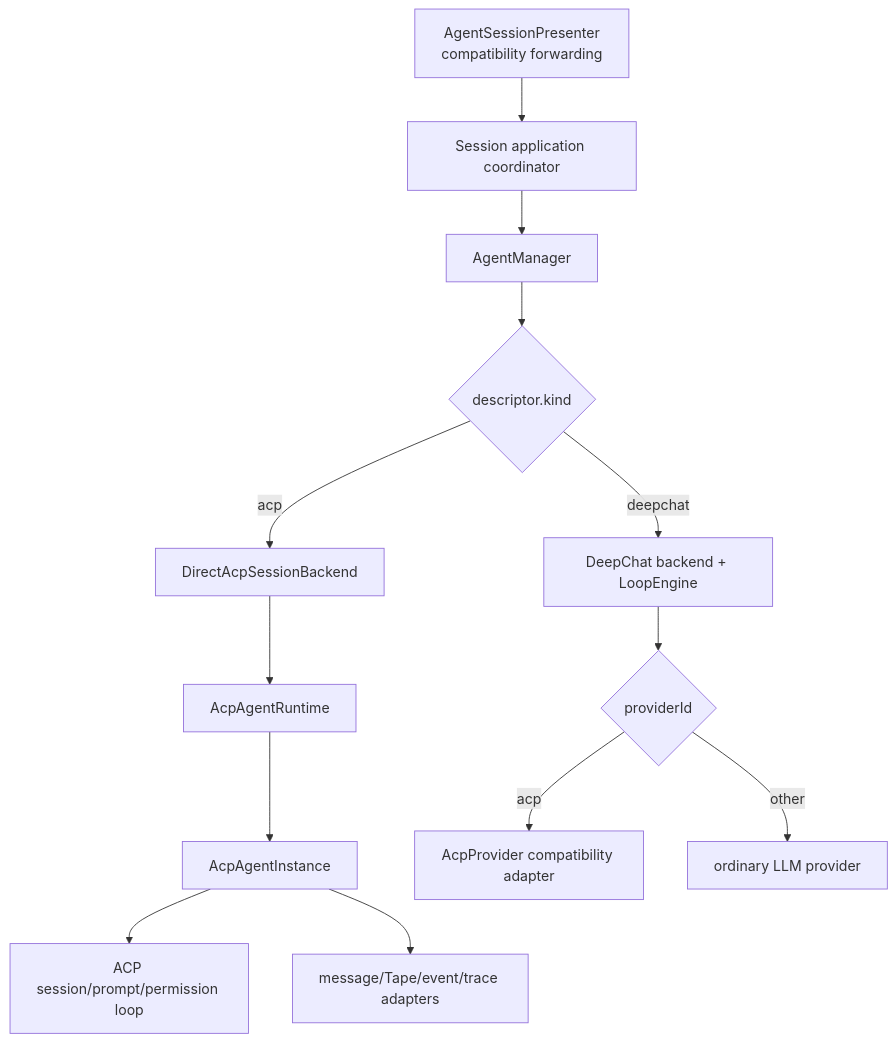
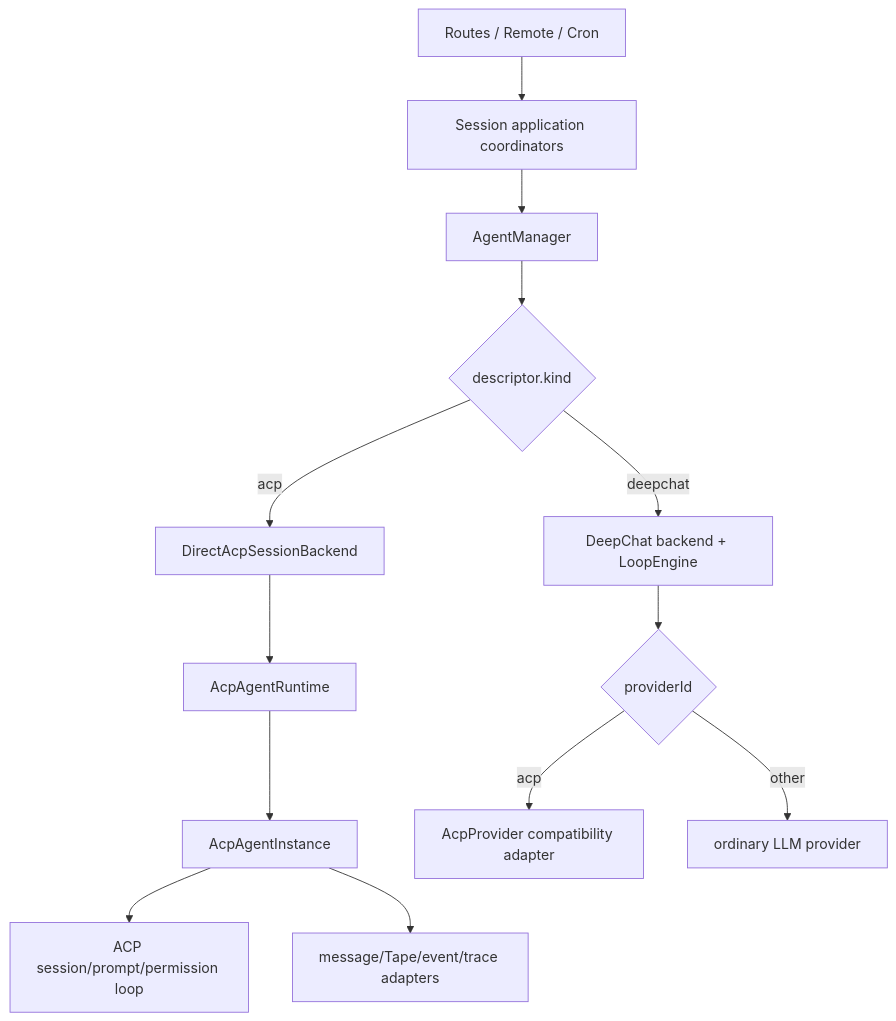
Before and after one commit to zerob13/deepchat: the fifth of 9 diagrams in docs/FLOWS.md, drawn with Mermaid. The commit also changed other lines of this file and 85 other files, not shown here.

````diff
--- a/docs/FLOWS.md
+++ b/docs/FLOWS.md
@@ -155,15 +153,15 @@
 ```mermaid
 flowchart TD
-    CompatFacade["AgentSessionPresenter<br/>compatibility forwarding"] --> App["Session application coordinator"]
+    Entry["Routes / Remote / Cron"] --> App["Session application coordinators"]
     App --> Manager["AgentManager"]
     Manager --> Kind{"descriptor.kind"}
     Kind -->|acp| Direct["DirectAcpSessionBackend"]
     Direct --> AcpRuntime["AcpAgentRuntime"]
     AcpRuntime --> AcpInstance["AcpAgentInstance"]
     AcpInstance --> Protocol["ACP session/prompt/permission loop"]
     AcpInstance --> Projection["message/Tape/event/trace adapters"]
     Kind -->|deepchat| Deep["DeepChat backend + LoopEngine"]
     Deep --> Provider{"providerId"}
     Provider -->|acp| Compat["AcpProvider compatibility adapter"]
     Provider -->|other| LLM["ordinary LLM provider"]
 ```
````
